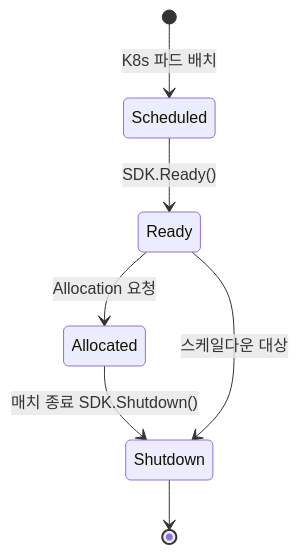
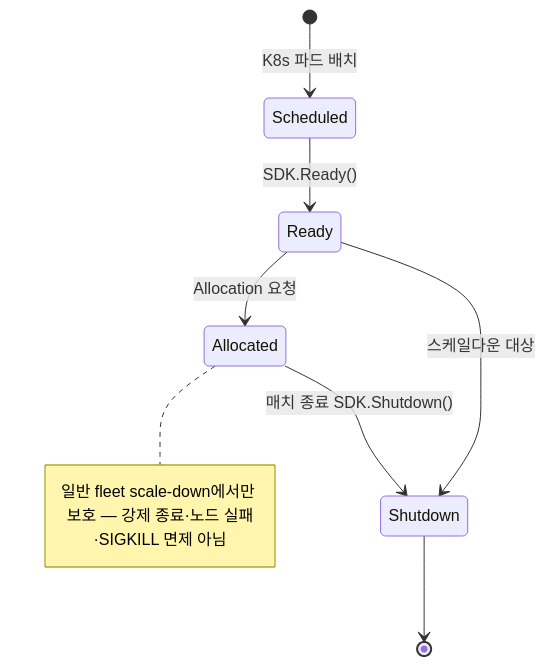
The eighth of 9 diagrams in live_service/part09_game_server_fleet.md (Rein-ArXiv/game-dev-curriculum), drawn with Mermaid before and after one commit. The commit also changed other lines of this file and 279 other files, not shown here.

````diff
--- a/live_service/part09_game_server_fleet.md
+++ b/live_service/part09_game_server_fleet.md
@@ -514,9 +536,10 @@
 ```mermaid
 stateDiagram-v2
     [*] --> Scheduled: K8s 파드 배치
     Scheduled --> Ready: SDK.Ready()
     Ready --> Allocated: Allocation 요청
     Allocated --> Shutdown: 매치 종료 SDK.Shutdown()
     Shutdown --> [*]
     Ready --> Shutdown: 스케일다운 대상
+    note right of Allocated: 일반 fleet scale-down에서만 보호 — 강제 종료·노드 실패·SIGKILL 면제 아님
 ```
````
